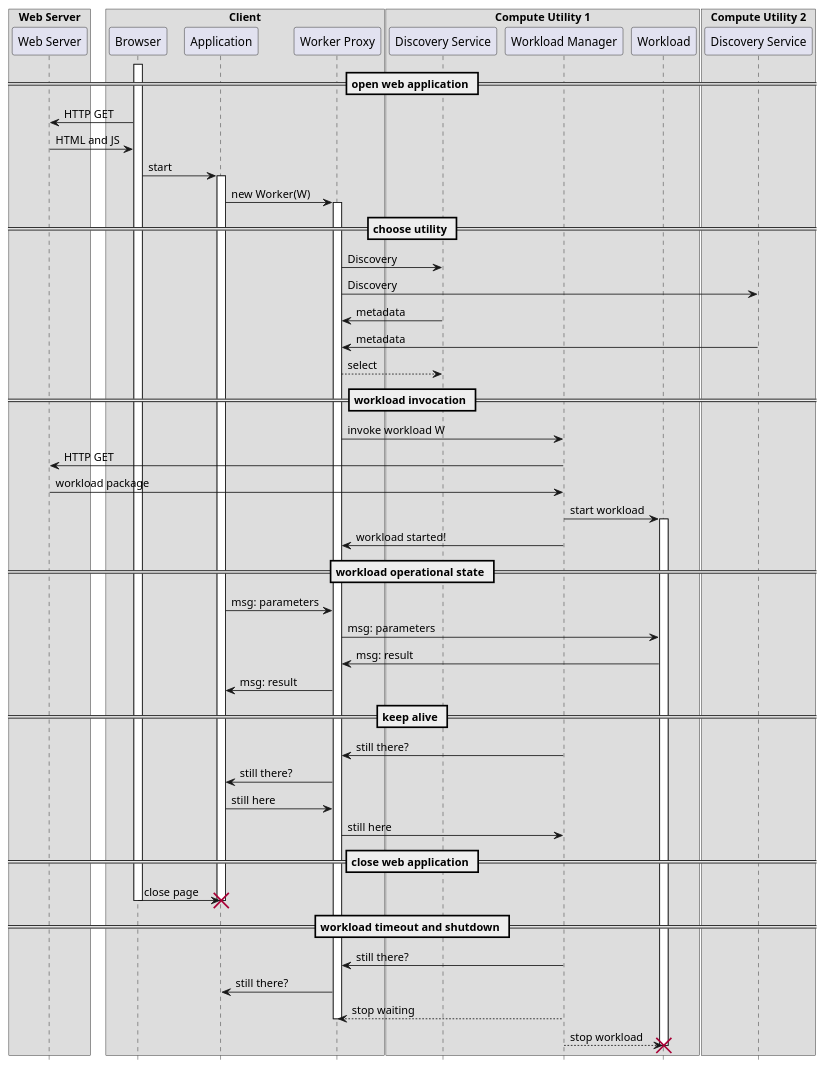
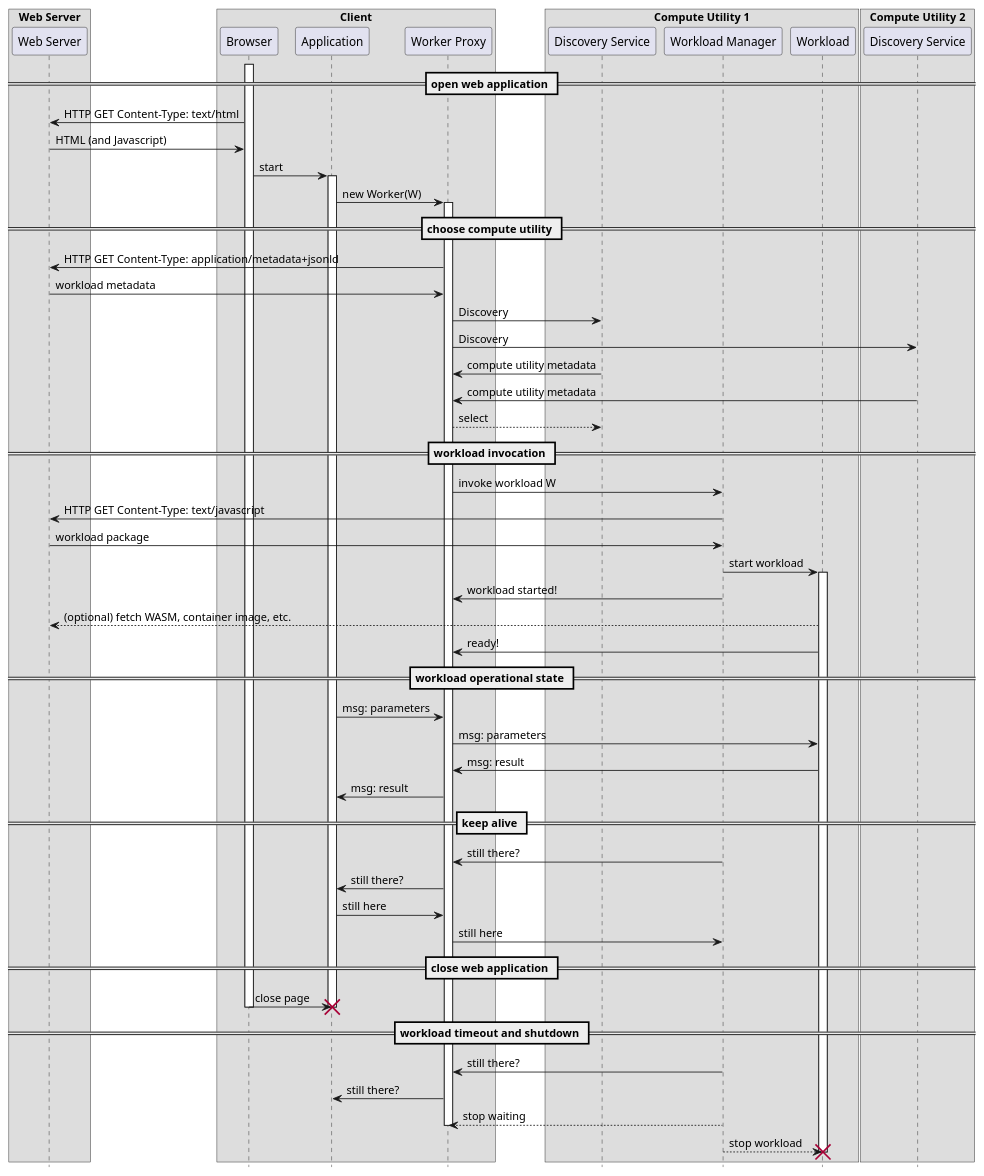
The diagram in images/DWflow.puml (w3c/edge-computing-web-exploration), drawn with PlantUML before and after one commit. The commit also changed 1 other file, not shown here.

Commit message:
update flow image

```diff
--- a/images/DWflow.puml
+++ b/images/DWflow.puml
@@ -1,79 +1,83 @@
 @startuml
 hide footbox
 
 box "Web Server"
 participant "Web Server" as WS
 end box
 
 box "Client"
 participant "Browser" as B
 participant "Application" as A
 participant "Worker Proxy" as WP
 end box
 
 box "Compute Utility 1"
 participant "Discovery Service" as DS
 participant "Workload Manager" as WM
 participant "Workload" as W
 end box
 
 box "Compute Utility 2"
 participant "Discovery Service" as DS2
 end box
 
 == open web application ==
 
 activate B
-B  -> WS: HTTP GET 
-WS -> B: HTML and JS
+B  -> WS: HTTP GET Content-Type: text/html
+WS -> B: HTML (and Javascript)
 B -> A: start
 activate A
 A  -> WP: new Worker(W)
 activate WP
 
-== choose utility ==
+== choose compute utility ==
 
+WP  -> WS: HTTP GET Content-Type: application/metadata+jsonld
+WS  -> WP: workload metadata
 WP  -> DS: Discovery 
 WP  -> DS2: Discovery 
-DS  -> WP: metadata
-DS2  -> WP: metadata
+DS  -> WP: compute utility metadata
+DS2 -> WP: compute utility metadata
 WP  --> DS: select
 
 == workload invocation ==
 
 WP  -> WM: invoke workload W
-WM  -> WS: HTTP GET
+WM  -> WS: HTTP GET Content-Type: text/javascript
 WS  -> WM: workload package
 WM  -> W: start workload
 activate W
 WM -> WP: workload started!
+W  --> WS: (optional) fetch WASM, container image, etc.
+W  -> WP: ready!
 
 == workload operational state ==
 
 A -> WP: msg: parameters
 WP -> W: msg: parameters
 W -> WP: msg: result
 WP -> A: msg: result
 
 == keep alive ==
 
 WM -> WP: still there?
 WP -> A: still there?
 A -> WP: still here
 WP -> WM: still here
 
 == close web application ==
 
 B -> A: close page
 destroy A
 deactivate B
 
 == workload timeout and shutdown ==
 WM -> WP: still there?
 WP -> A: still there?
 WM --> WP: stop waiting
 deactivate WP
 WM --> W: stop workload
 destroy W
 
 @enduml
```
